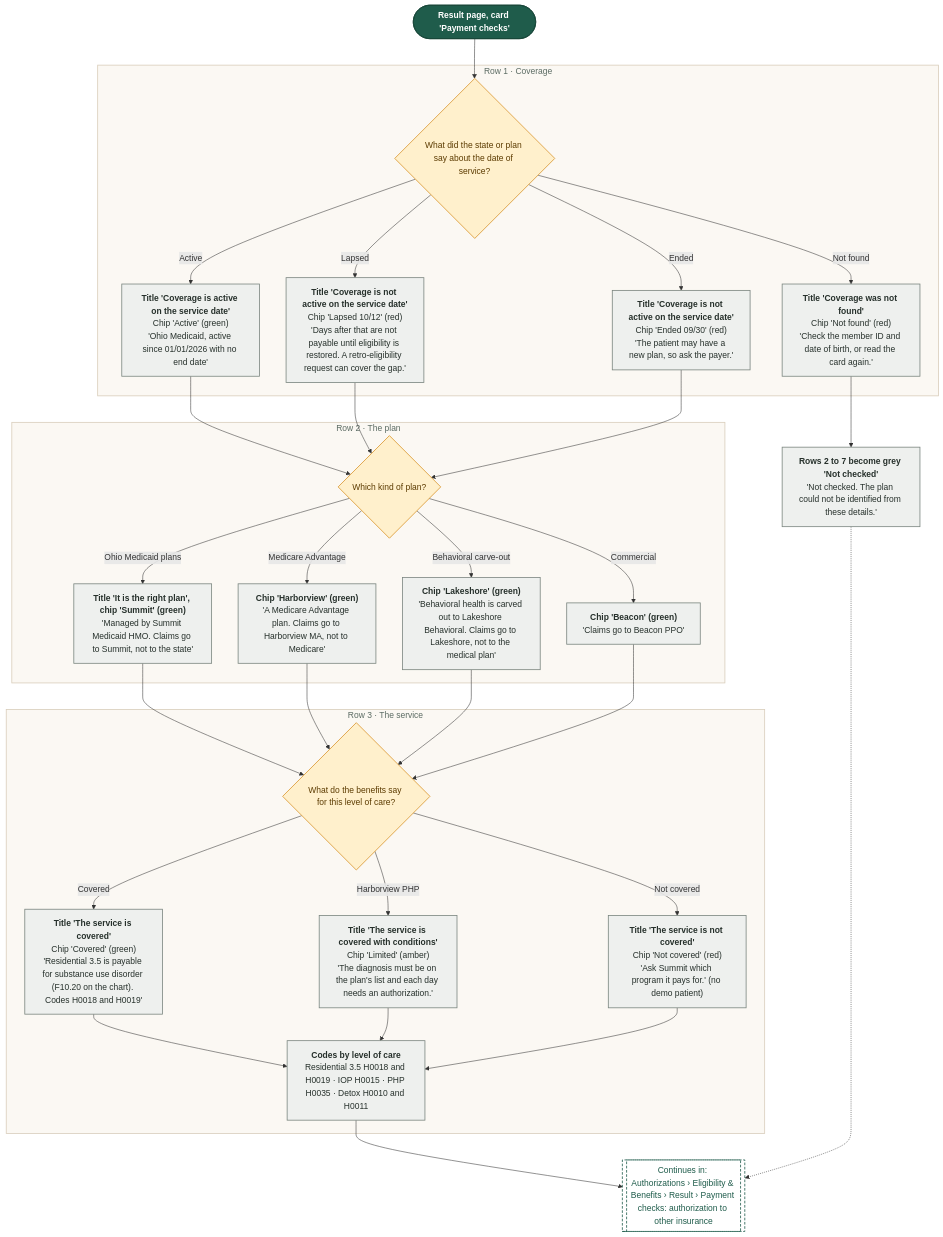
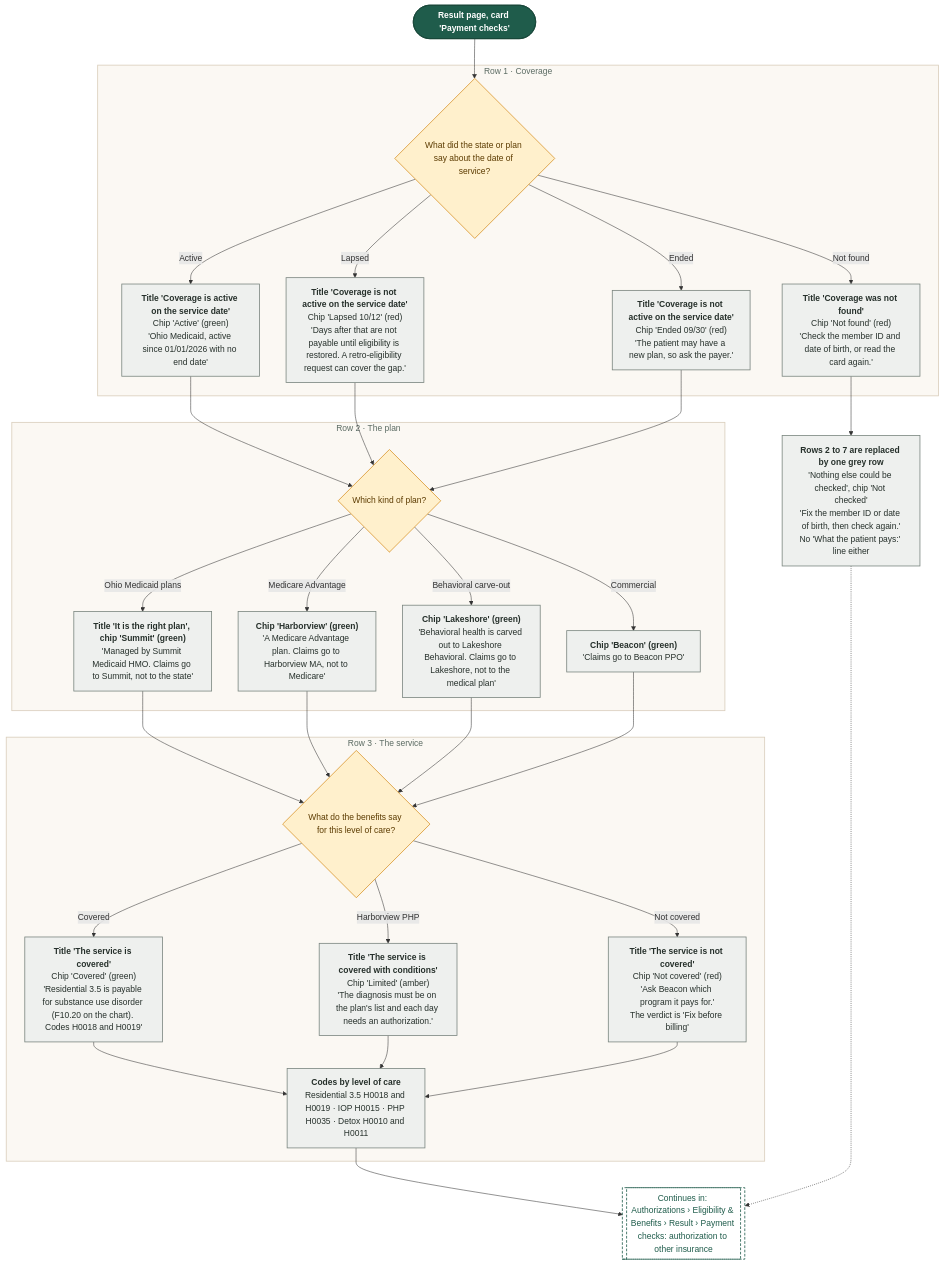
One commit to Shrav143/psyfloapp changed diagram 13 of 19 in demos/prior-auth-demo/workflows/out/md/05-eligibility.md. Above: the diagram before and after it, drawn with Mermaid. The commit also changed other lines of this file and 195 other files, not shown here.

First line of the commit message:
docs: Rebuild workflow diagrams after the demo fixes (220 diagrams)

````diff
--- a/demos/prior-auth-demo/workflows/out/md/05-eligibility.md
+++ b/demos/prior-auth-demo/workflows/out/md/05-eligibility.md
@@ -867,65 +991,65 @@
 ```mermaid
 %%{init: {"theme":"base","themeVariables":{"fontFamily":"'DM Sans', 'Segoe UI', system-ui, sans-serif","fontSize":"15px","lineColor":"#5B6B63","primaryTextColor":"#1C2B25","clusterBkg":"#FBF8F3","clusterBorder":"#D9CDBB","edgeLabelBackground":"#FFFFFF"},"flowchart":{"curve":"basis","nodeSpacing":36,"rankSpacing":48,"padding":12,"htmlLabels":true,"useMaxWidth":false,"wrappingWidth":230}} }%%
 flowchart TD
   classDef k_start fill:#1F5C4B,stroke:#174638,color:#FFFFFF,stroke-width:1.5px,font-weight:600
   classDef k_end fill:#DDEFE3,stroke:#2E7D4F,color:#14502F,stroke-width:1.5px,font-weight:600
   classDef k_endx fill:#FBE3E0,stroke:#C0392B,color:#7A1F16,stroke-width:1.5px,font-weight:600
   classDef k_screen fill:#FFFDF8,stroke:#1F5C4B,color:#1C2B25,stroke-width:2px
   classDef k_overlay fill:#F1F7F3,stroke:#1F5C4B,color:#1C2B25,stroke-width:2px,stroke-dasharray:5 3
   classDef k_click fill:#DCEBFA,stroke:#2F6DB5,color:#12365F,stroke-width:1.5px
   classDef k_input fill:#E4E7FF,stroke:#4C5FD5,color:#1D2670,stroke-width:1.5px
   classDef k_process fill:#EEF0EE,stroke:#7A857F,color:#26302B,stroke-width:1.5px
   classDef k_agent fill:#EEE5FA,stroke:#7A4FC2,color:#341A63,stroke-width:1.5px
   classDef k_decision fill:#FFF0CC,stroke:#D9962B,color:#5C3B00,stroke-width:1.5px
   classDef k_store fill:#D5F0EA,stroke:#1C8E7B,color:#0B4A3F,stroke-width:1.5px
   classDef k_doc fill:#F6E9DC,stroke:#B07A4C,color:#4A2E14,stroke-width:1.5px
   classDef k_ext fill:#FFE6D2,stroke:#E07B39,color:#6B2F06,stroke-width:1.5px
   classDef k_wait fill:#E4E8EE,stroke:#6B7C93,color:#26303D,stroke-width:1.5px
   classDef k_toast fill:#FFF9DB,stroke:#C9A400,color:#5A4A00,stroke-width:1.5px
   classDef k_goto fill:#FFFFFF,stroke:#1F5C4B,color:#1F5C4B,stroke-width:1.5px,stroke-dasharray:5 3
   s1@{ shape: stadium, label: "Result page, card 'Payment checks'" }
   subgraph gA ["Row 1 · Coverage"]
   a0@{ shape: diam, label: "What did the state or plan say about the date of service?" }
   a1@{ shape: rect, label: "<b>Title 'Coverage is active on the service date'</b><br/>Chip 'Active' (green)<br/>'Ohio Medicaid, active since 01/01/2026 with no end date'" }
   a2@{ shape: rect, label: "<b>Title 'Coverage is not active on the service date'</b><br/>Chip 'Lapsed 10/12' (red)<br/>'Days after that are not payable until eligibility is restored. A retro-eligibility request can cover the gap.'" }
   a3@{ shape: rect, label: "<b>Title 'Coverage is not active on the service date'</b><br/>Chip 'Ended 09/30' (red)<br/>'The patient may have a new plan, so ask the payer.'" }
   a4@{ shape: rect, label: "<b>Title 'Coverage was not found'</b><br/>Chip 'Not found' (red)<br/>'Check the member ID and date of birth, or read the card again.'" }
   end
-  g0@{ shape: rect, label: "<b>Rows 2 to 7 become grey 'Not checked'</b><br/>'Not checked. The plan could not be identified from these details.'" }
+  g0@{ shape: rect, label: "<b>Rows 2 to 7 are replaced by one grey row</b><br/>'Nothing else could be checked', chip 'Not checked'<br/>'Fix the member ID or date of birth, then check again.'<br/>No 'What the patient pays:' line either" }
   subgraph gB ["Row 2 · The plan"]
   b0@{ shape: diam, label: "Which kind of plan?" }
   b1@{ shape: rect, label: "<b>Title 'It is the right plan', chip 'Summit' (green)</b><br/>'Managed by Summit Medicaid HMO. Claims go to Summit, not to the state'" }
   b2@{ shape: rect, label: "<b>Chip 'Harborview' (green)</b><br/>'A Medicare Advantage plan. Claims go to Harborview MA, not to Medicare'" }
   b3@{ shape: rect, label: "<b>Chip 'Lakeshore' (green)</b><br/>'Behavioral health is carved out to Lakeshore Behavioral. Claims go to Lakeshore, not to the medical plan'" }
   b4@{ shape: rect, label: "<b>Chip 'Beacon' (green)</b><br/>'Claims go to Beacon PPO'" }
   end
   subgraph gC ["Row 3 · The service"]
   c0@{ shape: diam, label: "What do the benefits say for this level of care?" }
   c1@{ shape: rect, label: "<b>Title 'The service is covered'</b><br/>Chip 'Covered' (green)<br/>'Residential 3.5 is payable for substance use disorder (F10.20 on the chart). Codes H0018 and H0019'" }
   c2@{ shape: rect, label: "<b>Title 'The service is covered with conditions'</b><br/>Chip 'Limited' (amber)<br/>'The diagnosis must be on the plan's list and each day needs an authorization.'" }
-  c3@{ shape: rect, label: "<b>Title 'The service is not covered'</b><br/>Chip 'Not covered' (red)<br/>'Ask Summit which program it pays for.' (no demo patient)" }
+  c3@{ shape: rect, label: "<b>Title 'The service is not covered'</b><br/>Chip 'Not covered' (red)<br/>'Ask Beacon which program it pays for.'<br/>The verdict is 'Fix before billing'" }
   c4@{ shape: rect, label: "<b>Codes by level of care</b><br/>Residential 3.5 H0018 and H0019 · IOP H0015 · PHP H0035 · Detox H0010 and H0011" }
   end
   g1@{ shape: subproc, label: "Continues in: Authorizations › Eligibility & Benefits › Result › Payment checks: authorization to other insurance" }
   s1 --> a0
   a0 -->|"Active"| a1 --> b0
   a0 -->|"Lapsed"| a2 --> b0
   a0 -->|"Ended"| a3 --> b0
   a0 -->|"Not found"| a4 --> g0
   b0 -->|"Ohio Medicaid plans"| b1 --> c0
   b0 -->|"Medicare Advantage"| b2 --> c0
   b0 -->|"Behavioral carve-out"| b3 --> c0
   b0 -->|"Commercial"| b4 --> c0
   c0 -->|"Covered"| c1 --> c4
   c0 -->|"Harborview PHP"| c2 --> c4
   c0 -->|"Not covered"| c3 --> c4
   c4 --> g1
   g0 -.-> g1
   class s1 k_start
   class a0,b0,c0 k_decision
   class a1,a2,a3,a4,g0,b1,b2,b3,b4,c1,c2,c3,c4 k_process
   class g1 k_goto
   style gA fill:#FBF8F3,stroke:#D9CDBB,stroke-width:1.5px,color:#5B6B63
   style gB fill:#FBF8F3,stroke:#D9CDBB,stroke-width:1.5px,color:#5B6B63
   style gC fill:#FBF8F3,stroke:#D9CDBB,stroke-width:1.5px,color:#5B6B63
 ```
````
